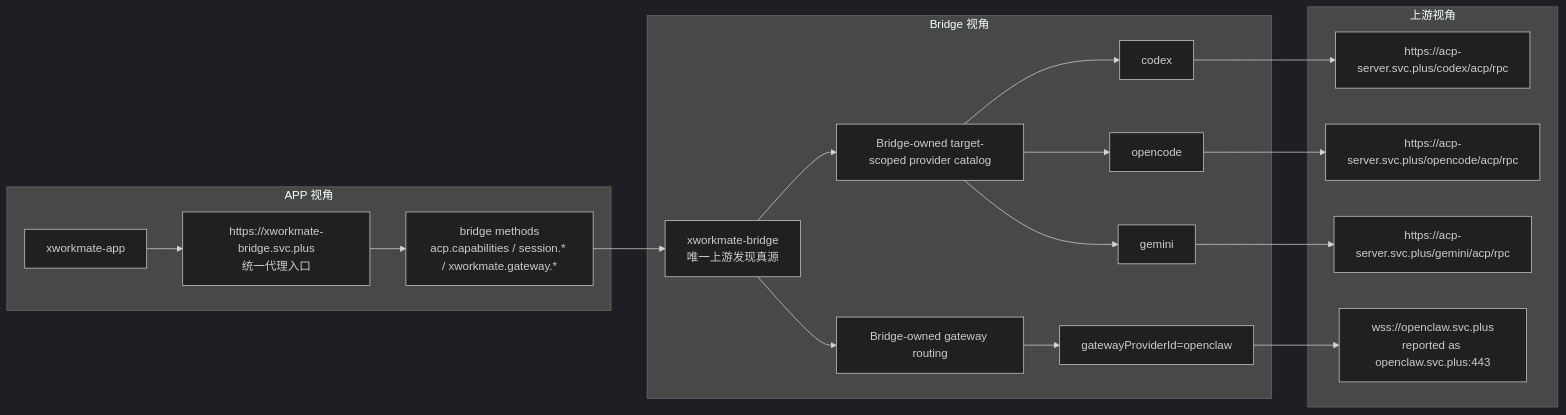
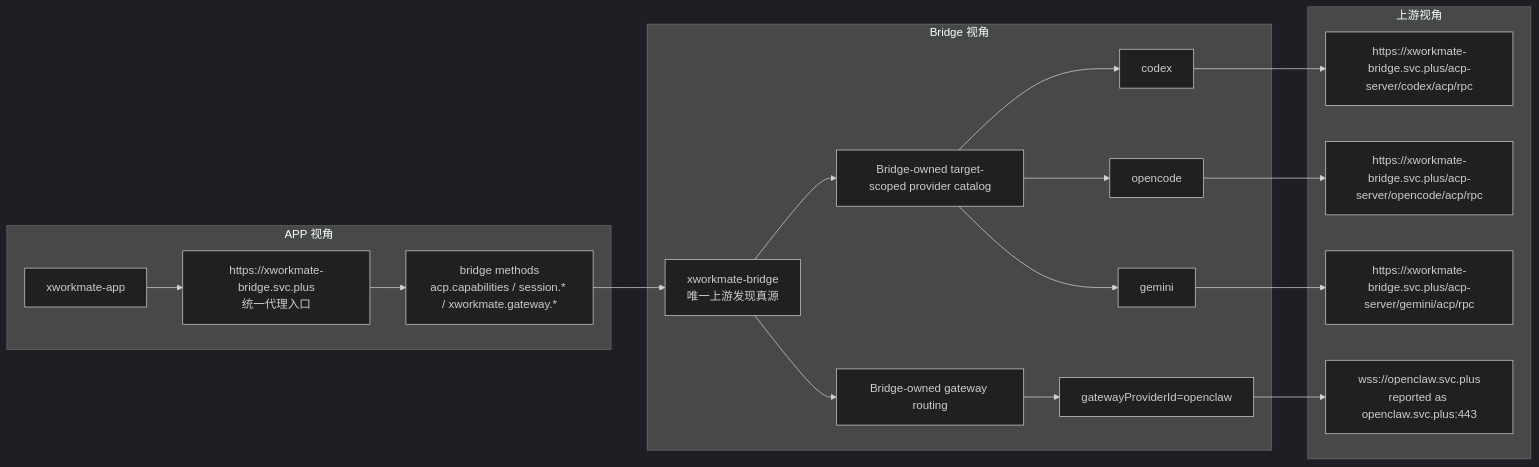
One commit to ai-workspace-lab/xworkmate-bridge changed the second of 2 diagrams in docs/architecture/acp-forwarding-topology.md. Above: the diagram before and after it, drawn with Mermaid (dark theme). The commit also changed other lines of this file and 5 other files, not shown here.

````diff
--- a/docs/architecture/acp-forwarding-topology.md
+++ b/docs/architecture/acp-forwarding-topology.md
@@ -79,44 +79,44 @@
 ```mermaid
 flowchart LR
     subgraph L1["APP 视角"]
         APP["xworkmate-app"]
         APPENTRY["https://xworkmate-bridge.svc.plus<br/>统一代理入口"]
         APPMETHODS["bridge methods<br/>acp.capabilities / session.* / xworkmate.gateway.*"]
         APP --> APPENTRY
         APPENTRY --> APPMETHODS
     end
 
     subgraph L2["Bridge 视角"]
         BRIDGE["xworkmate-bridge<br/>唯一上游发现真源"]
 
         CAP["Bridge-owned target-scoped provider catalog"]
         CAP1["codex"]
         CAP2["opencode"]
         CAP3["gemini"]
 
         GW["Bridge-owned gateway routing"]
         GW1["gatewayProviderId=openclaw"]
 
         BRIDGE --> CAP
         CAP --> CAP1
         CAP --> CAP2
         CAP --> CAP3
 
         BRIDGE --> GW
         GW --> GW1
     end
 
     subgraph L3["上游视角"]
-        U1["https://acp-server.svc.plus/codex/acp/rpc"]
-        U2["https://acp-server.svc.plus/opencode/acp/rpc"]
-        U3["https://acp-server.svc.plus/gemini/acp/rpc"]
+        U1["https://xworkmate-bridge.svc.plus/acp-server/codex/acp/rpc"]
+        U2["https://xworkmate-bridge.svc.plus/acp-server/opencode/acp/rpc"]
+        U3["https://xworkmate-bridge.svc.plus/acp-server/gemini/acp/rpc"]
         U4["wss://openclaw.svc.plus<br/>reported as openclaw.svc.plus:443"]
     end
 
     APPMETHODS --> BRIDGE
 
     CAP1 --> U1
     CAP2 --> U2
     CAP3 --> U3
     GW1 --> U4
 ```
````
